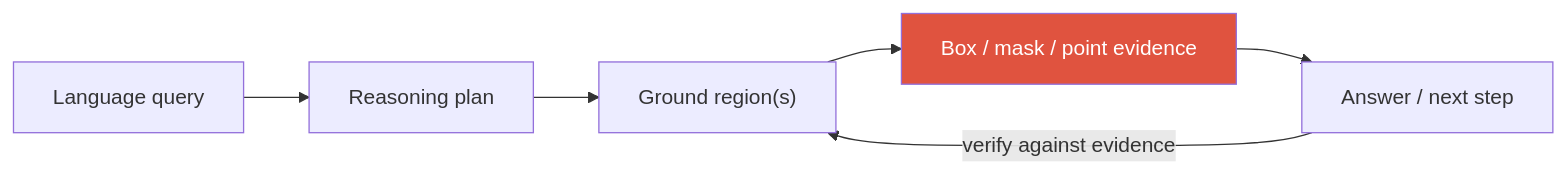
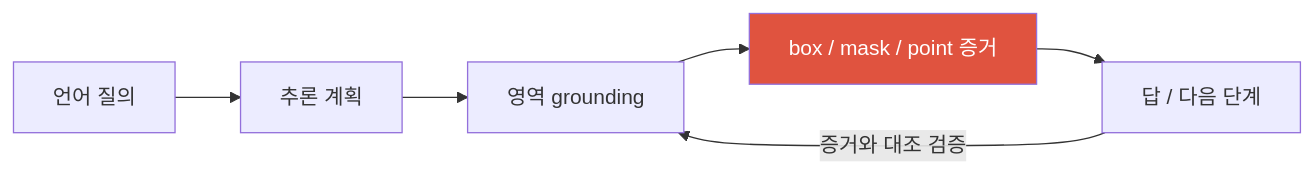
The diagram in content/vlm/grounding.ko.md (beomyoung-kim/ml_study), drawn with Mermaid before and after one commit. The commit also changed other lines of this file and 209 other files, not shown here.

````diff
--- a/content/vlm/grounding.ko.md
+++ b/content/vlm/grounding.ko.md
@@ -12,9 +42,9 @@
 ```mermaid
 flowchart LR
-  Q["Language query"] --> P["Reasoning plan"]
-  P --> G["Ground region(s)"]
-  G --> E["Box / mask / point evidence"]
-  E --> A["Answer / next step"]
-  A -->|verify against evidence| G
+  Q["언어 질의"] --> P["추론 계획"]
+  P --> G["영역 grounding"]
+  G --> E["box / mask / point 증거"]
+  E --> A["답 / 다음 단계"]
+  A -->|증거와 대조 검증| G
   style E fill:#e0533f,color:#fff
 ```
````
